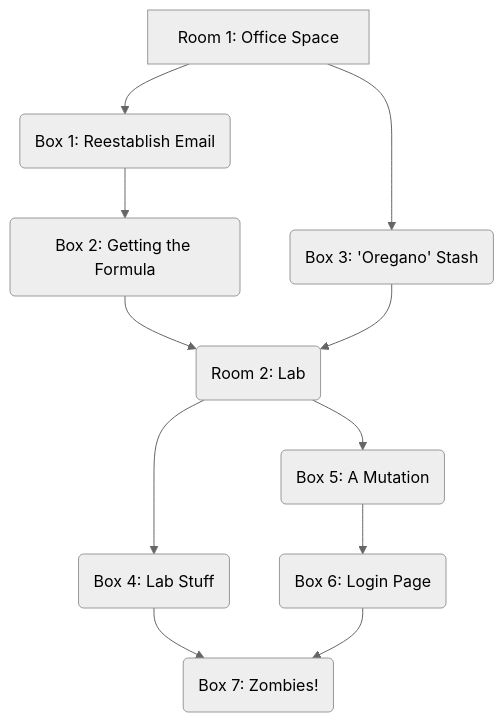
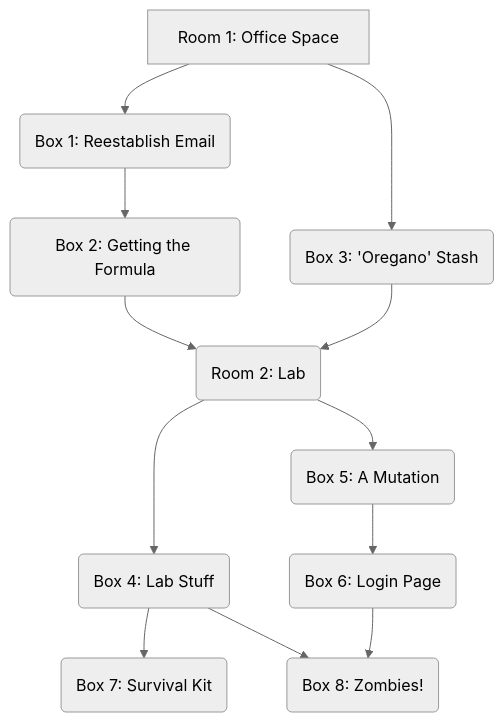
The diagram in content/rooms/virus/index.md (open-sesame-escape/open-sesame-escape.github.io), drawn with Mermaid (neutral theme) before and after one commit. The commit also changed other lines of this file, not shown here.

Commit message:
Add survival kit section to virus room

```diff
--- a/content/rooms/virus/index.md
+++ b/content/rooms/virus/index.md
@@ -325,12 +342,13 @@
 {{< mermaid align="center" >}}
 graph TB;
   R1[Room 1: Office Space] --> B1 & B3
   B1(Box 1: Reestablish Email) --> B2
   B2(Box 2: Getting the Formula) --> R2
   B3(Box 3: 'Oregano' Stash) --> R2
   R2(Room 2: Lab) --> B4 & B5
-  B4(Box 4: Lab Stuff) --> B7
+  B4(Box 4: Lab Stuff) --> B7 & B8
   B5(Box 5: A Mutation) --> B6
-  B6(Box 6: Login Page) --> B7
-  B7(Box 7: Zombies!)
+  B6(Box 6: Login Page) --> B8
+  B7(Box 7: Survival Kit)
+  B8(Box 8: Zombies!)
 {{< /mermaid >}}
```
